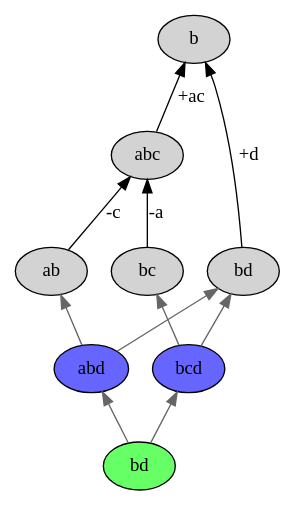
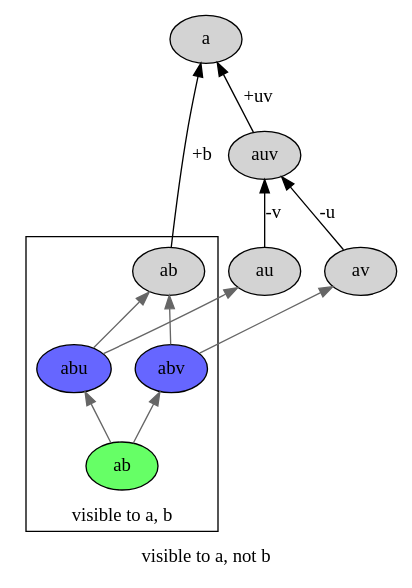
Before and after one commit to infinity0/msg-notes: the first of 3 diagrams in causal/05-visibility.rst, drawn with Graphviz. The commit also changed other lines of this file, not shown here.

```diff
--- a/causal/05-visibility.rst
+++ b/causal/05-visibility.rst
@@ -30,23 +37,27 @@
 .. digraph:: merge_full_visibility
 
     rankdir=BT;
     node [style="filled"];
+    label="visible to a, not b";
 
-    O [label="b"];
-    A [label="abc"];
-    A1 [label="ab"];
-    A2 [label="bc"];
-    B [label="bd"];
-    C [label="abd",fillcolor="#6666ff"];
-    D [label="bcd",fillcolor="#6666ff"];
-    X [label="bd",fillcolor="#66ff66"];
-    A -> O [label="+ac"];
-    B -> O [label="+d"];
-    A1 -> A [label="-c"];
-    A2 -> A [label="-a"];
-    C -> B [color="#666666"];
-    D -> B [color="#666666"];
+    O [label="a"];
+    A [label="auv"];
+    A1 [label="au"];
+    A2 [label="av"];
+    A -> O [label="+uv"];
+    A1 -> A [label="-v"];
+    A2 -> A [label="-u"];
+    subgraph cluster_d {
+      label="visible to a, b";
+      B [label="ab"];
+      C [label="abu",fillcolor="#6666ff"];
+      D [label="abv",fillcolor="#6666ff"];
+      X [label="ab",fillcolor="#66ff66"];
+      C -> B [color="#666666"];
+      D -> B [color="#666666"];
+      X -> C [color="#666666"];
+      X -> D [color="#666666"];
+    }
+    B -> O [label="+b"];
     C -> A1 [color="#666666"];
     D -> A2 [color="#666666"];
-    X -> C [color="#666666"];
-    X -> D [color="#666666"];
```
